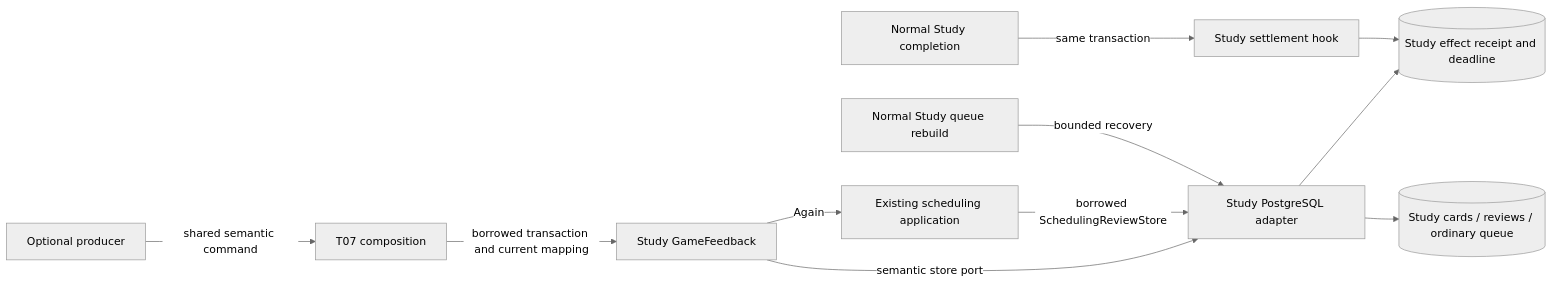
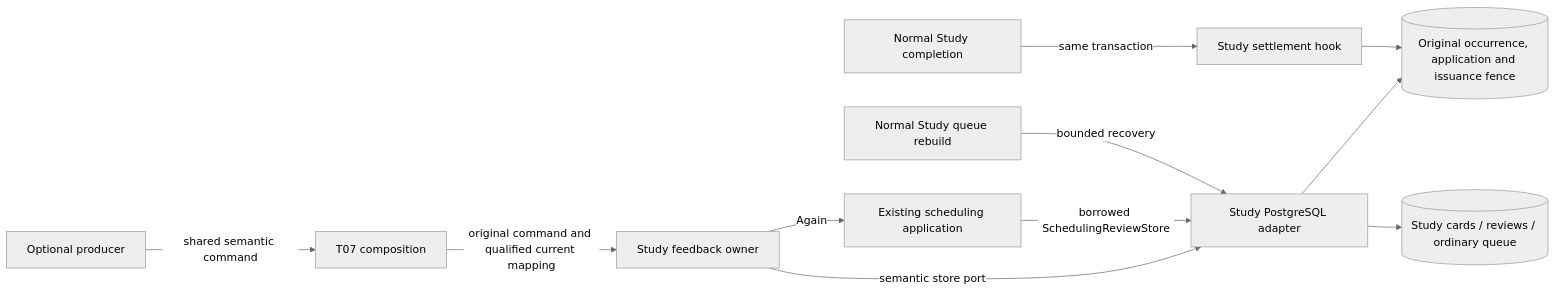
One commit to aaweaver-actuary/tempo changed the first of 3 diagrams in backend/app/study/README.md. Above: the diagram before and after it, drawn with Mermaid (neutral theme). The commit also changed other lines of this file and 4 other files, not shown here.

Commit message:
Prove protected target reset race and document qualified Study owner boundaries

````diff
--- a/backend/app/study/README.md
+++ b/backend/app/study/README.md
@@ -133,13 +136,13 @@
 ```mermaid
 flowchart LR
     Producer[Optional producer] -->|shared semantic command| Composition[T07 composition]
-    Composition -->|borrowed transaction and current mapping| Receiver[Study GameFeedback]
+    Composition -->|original command and qualified current mapping| Receiver[Study feedback owner]
     Receiver -->|Again| Scheduler[Existing scheduling application]
     Receiver -->|semantic store port| Store[Study PostgreSQL adapter]
     Scheduler -->|borrowed SchedulingReviewStore| Store
-    Store --> Receipt[(Study effect receipt and deadline)]
+    Store --> Receipt[(Original occurrence, application and issuance fence)]
     Store --> Owned[(Study cards / reviews / ordinary queue)]
     Review[Normal Study completion] -->|same transaction| Settlement[Study settlement hook]
     Settlement --> Receipt
     Seed[Normal Study queue rebuild] -->|bounded recovery| Store
 ```
````
